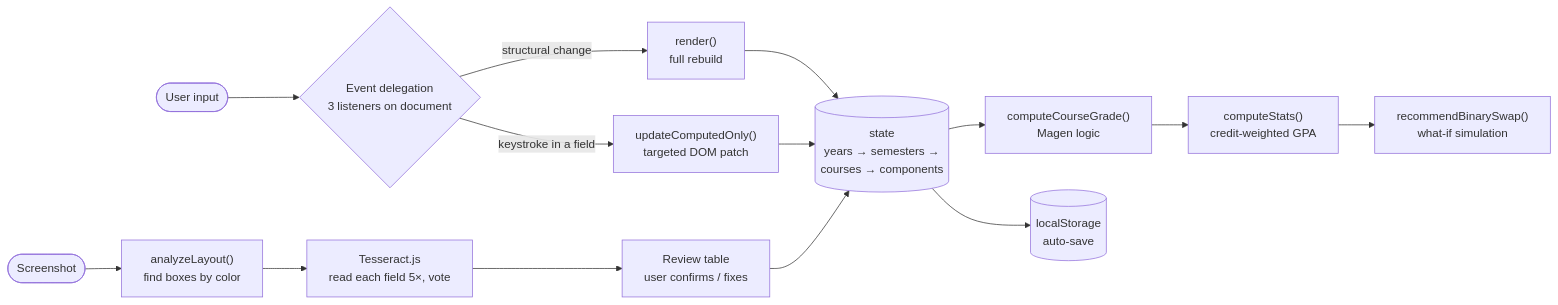
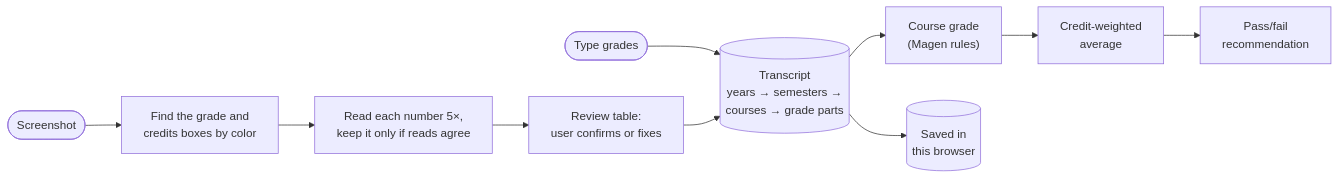
Before and after one commit to guyavron/gradewise: the diagram in README.md, drawn with Mermaid. The commit also changed other lines of this file, not shown here.

Commit message:
Simplify README: plain-language architecture and challenges

````diff
--- a/README.md
+++ b/README.md
@@ -52,16 +52,12 @@
 ```mermaid
 flowchart LR
-    U([User input]) --> D{Event delegation<br/>3 listeners on document}
-    D -->|structural change| R["render()<br/>full rebuild"]
-    D -->|keystroke in a field| P["updateComputedOnly()<br/>targeted DOM patch"]
-    R --> S[(state<br/>years → semesters →<br/>courses → components)]
-    P --> S
-    S --> C["computeCourseGrade()<br/>Magen logic"]
-    C --> G["computeStats()<br/>credit-weighted GPA"]
-    G --> REC["recommendBinarySwap()<br/>what-if simulation"]
-    S --> LS[(localStorage<br/>auto-save)]
-    IMG([Screenshot]) --> LAY["analyzeLayout()<br/>find boxes by color"]
-    LAY --> OCR["Tesseract.js<br/>read each field 5×, vote"]
-    OCR --> REV["Review table<br/>user confirms / fixes"]
-    REV --> S
+    U([Type grades]) --> T[(Transcript<br/>years → semesters →<br/>courses → grade parts)]
+    IMG([Screenshot]) --> F["Find the grade and<br/>credits boxes by color"]
+    F --> OCR["Read each number 5×,<br/>keep it only if reads agree"]
+    OCR --> REV["Review table:<br/>user confirms or fixes"]
+    REV --> T
+    T --> C["Course grade<br/>(Magen rules)"]
+    C --> G["Credit-weighted<br/>average"]
+    G --> REC["Pass/fail<br/>recommendation"]
+    T --> SAVE[(Saved in<br/>this browser)]
 ```
````
